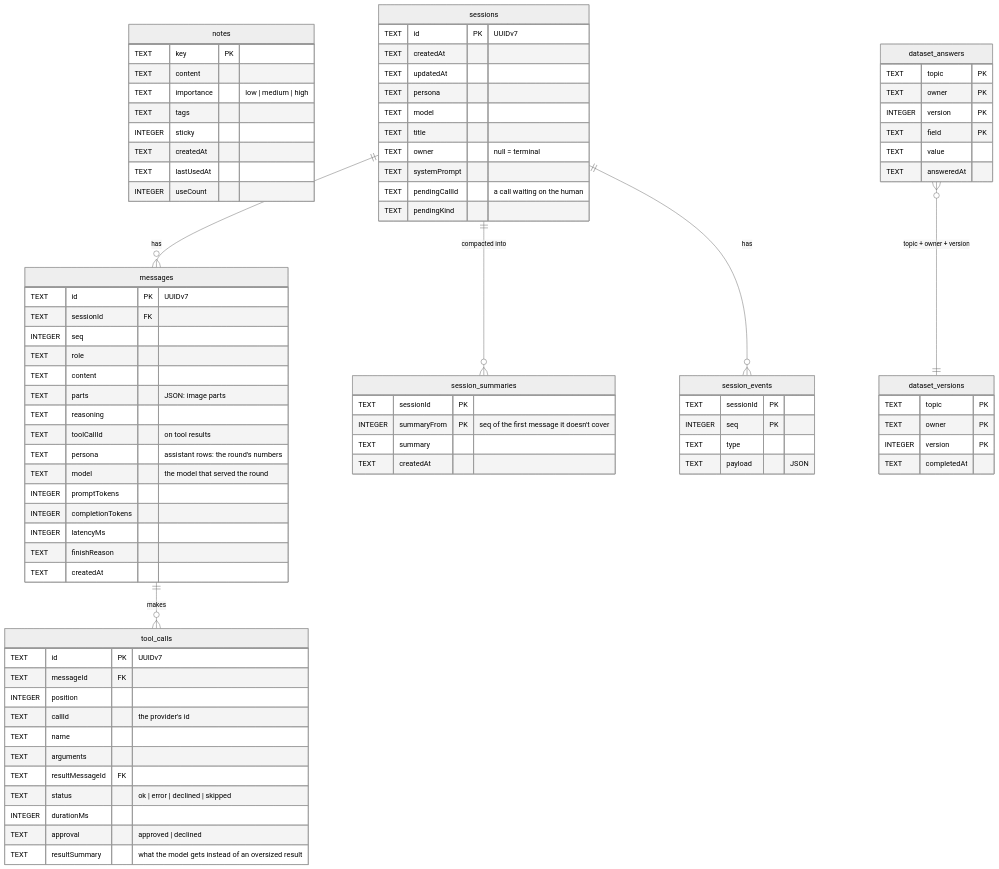
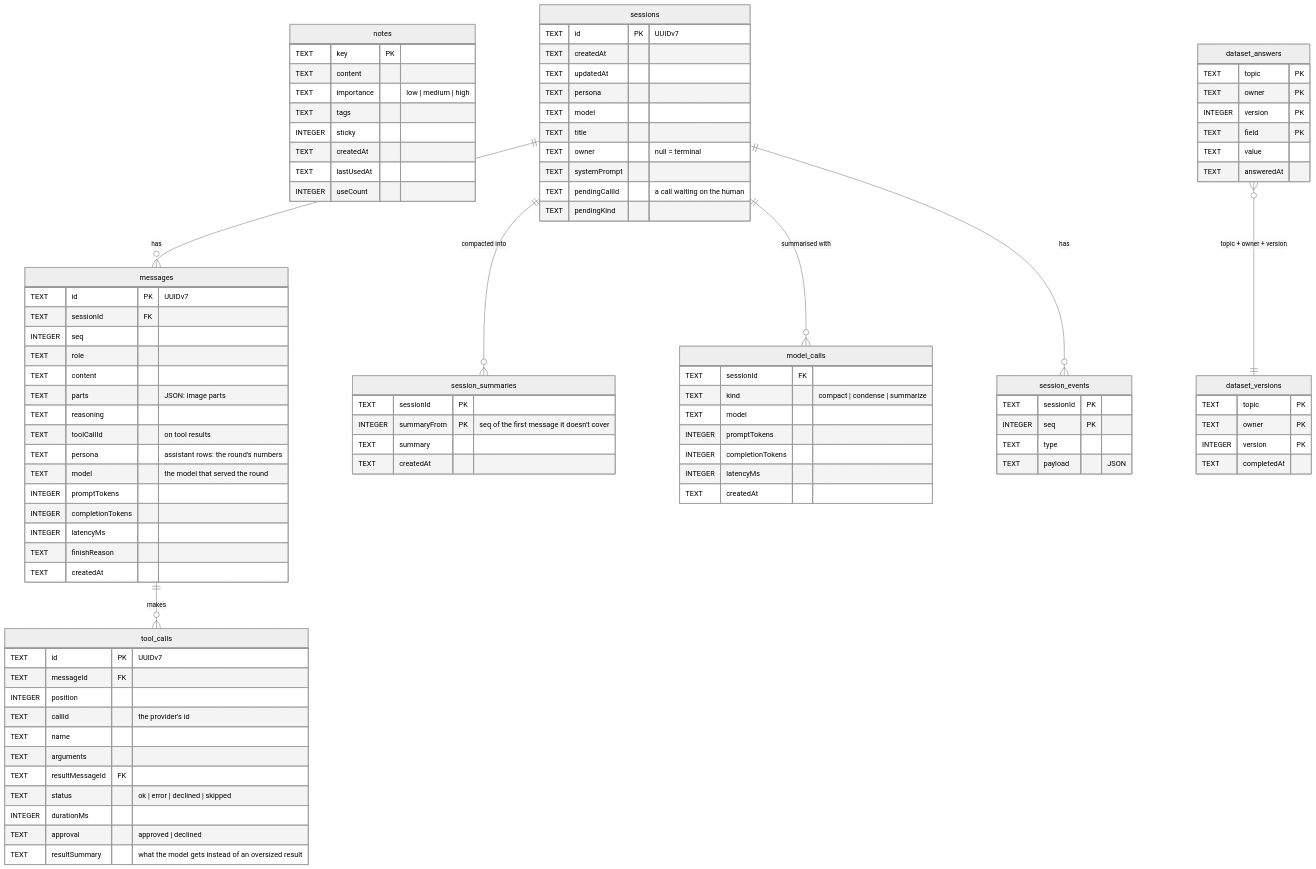
One commit to SubZtep/kaja changed the diagram in docs/configuration/storage.md. Above: the diagram before and after it, drawn with Mermaid (neutral theme). The commit also changed other lines of this file and 26 other files, not shown here.

First line of the commit message:
feat: record summarizer calls and count their tokens in the stats

````diff
--- a/docs/configuration/storage.md
+++ b/docs/configuration/storage.md
@@ -97,6 +98,16 @@
     TEXT createdAt
   }
 
+  model_calls {
+    TEXT sessionId FK
+    TEXT kind "compact | condense | summarize"
+    TEXT model
+    INTEGER promptTokens
+    INTEGER completionTokens
+    INTEGER latencyMs
+    TEXT createdAt
+  }
+
   session_events {
     TEXT sessionId PK
     INTEGER seq PK
@@ -123,6 +134,7 @@
   sessions ||--o{ messages : has
   sessions ||--o{ session_events : has
   sessions ||--o{ session_summaries : "compacted into"
+  sessions ||--o{ model_calls : "summarised with"
   messages ||--o{ tool_calls : makes
   dataset_answers }o--|| dataset_versions : "topic + owner + version"
 ```
````
